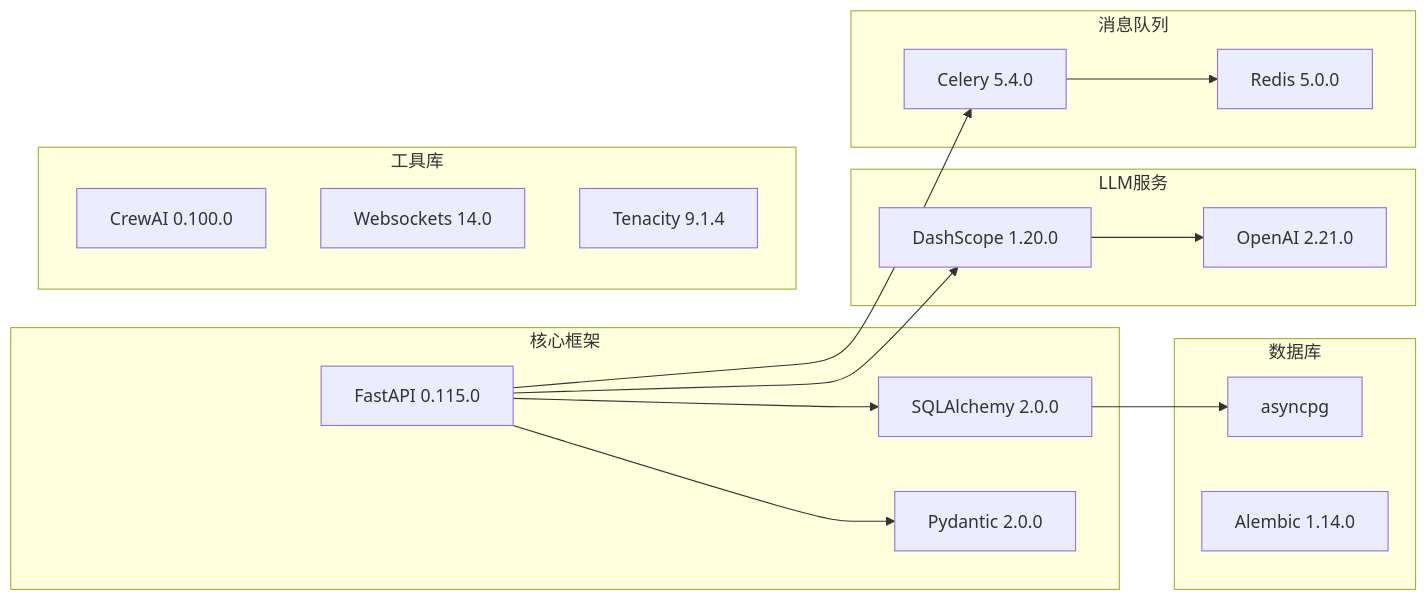
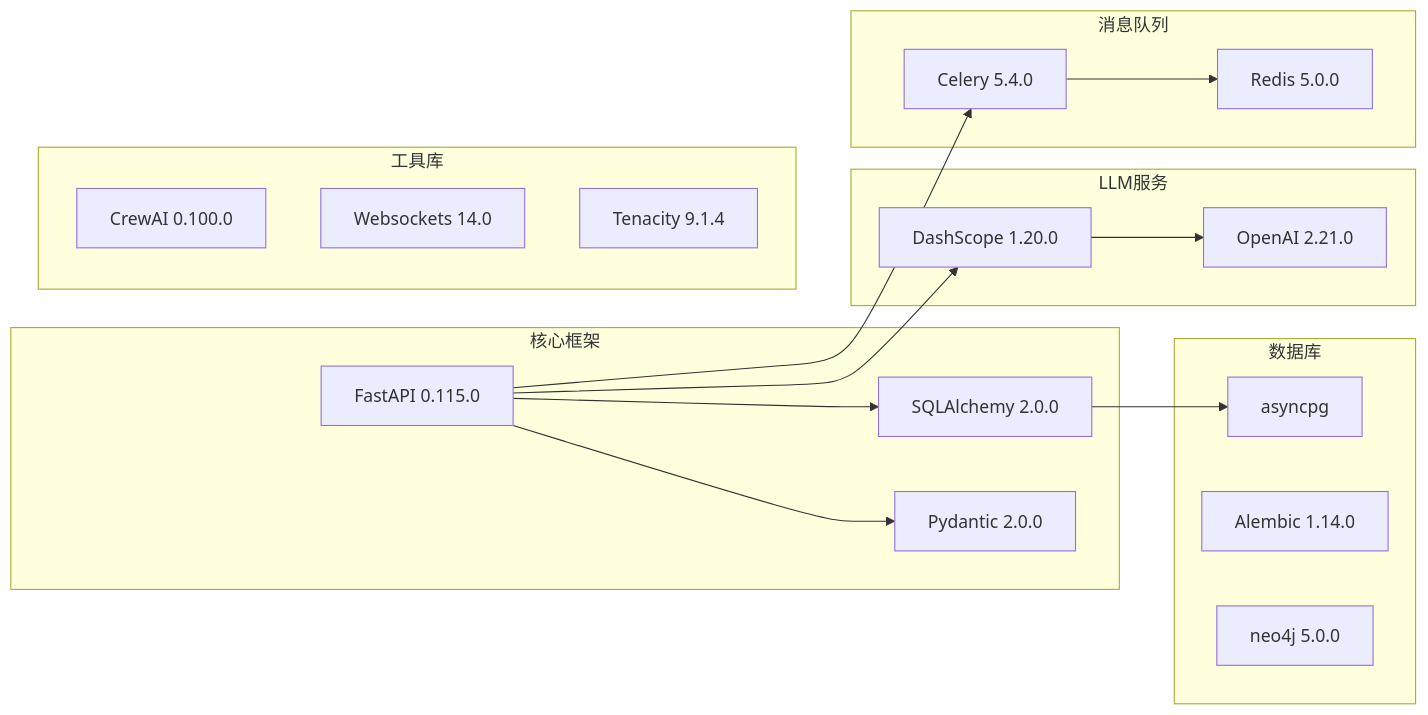
Before and after one commit to xfbyxq/ai-novel-system: diagram 24 of 25 in .qoder/repowiki/zh/content/Ai Chat Service.md, drawn with Mermaid. The commit also changed other lines of this file and 19 other files, not shown here.

First line of the commit message:
feat(graph): 新增图数据库完整支持与AI聊天集成

````diff
--- a/.qoder/repowiki/zh/content/Ai Chat Service.md
+++ b/.qoder/repowiki/zh/content/Ai Chat Service.md
@@ -621,32 +962,33 @@
 ```mermaid
 graph LR
 subgraph "核心框架"
 FastAPI[FastAPI 0.115.0]
 SQLAlchemy[SQLAlchemy 2.0.0]
 Pydantic[Pydantic 2.0.0]
 end
 subgraph "数据库"
 AsyncPG[asyncpg]
 Alembic[Alembic 1.14.0]
+Neo4j[neo4j 5.0.0]
 end
 subgraph "LLM服务"
 DashScope[DashScope 1.20.0]
 OpenAI[OpenAI 2.21.0]
 end
 subgraph "消息队列"
 Celery[Celery 5.4.0]
 Redis[Redis 5.0.0]
 end
 subgraph "工具库"
 CrewAI[CrewAI 0.100.0]
 Websockets[Websockets 14.0]
 Tenacity[Tenacity 9.1.4]
 end
 FastAPI --> SQLAlchemy
 FastAPI --> Pydantic
 SQLAlchemy --> AsyncPG
 FastAPI --> DashScope
 DashScope --> OpenAI
 FastAPI --> Celery
 Celery --> Redis
 ```
````
